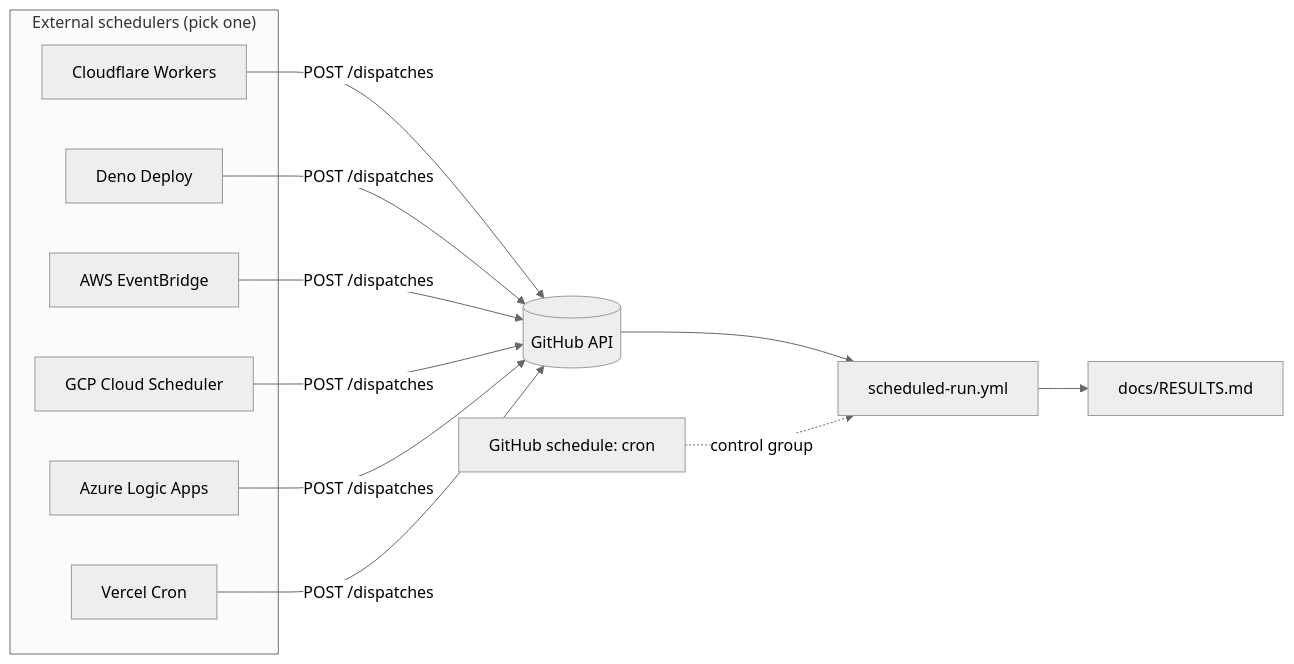
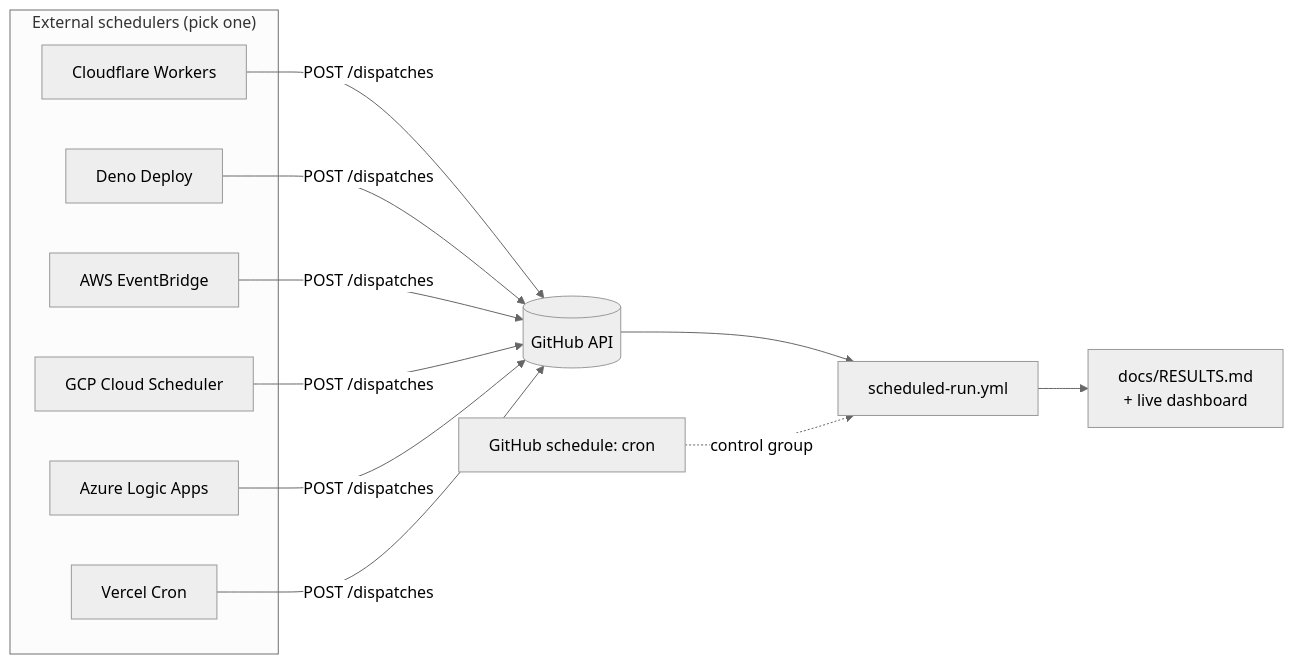
Before and after one commit to austenstone/actions-external-cron: the diagram in README.md, drawn with Mermaid (neutral theme). The commit also changed other lines of this file and 14 other files, not shown here.

First line of the commit message:
feat: live Pages dashboard, one-secret deploys, PAT auth

````diff
--- a/README.md
+++ b/README.md
@@ -14,16 +16,16 @@
 ```mermaid
 flowchart LR
     subgraph ext ["External schedulers (pick one)"]
         CF[Cloudflare Workers]
         DD[Deno Deploy]
         AW[AWS EventBridge]
         GC[GCP Cloud Scheduler]
         AZ[Azure Logic Apps]
         VC[Vercel Cron]
     end
 
     CF & DD & AW & GC & AZ & VC -->|"POST /dispatches"| API[(GitHub API)]
     API --> WF["scheduled-run.yml"]
     NATIVE["GitHub schedule: cron"] -.->|control group| WF
-    WF --> RES["docs/RESULTS.md"]
+    WF --> RES["docs/RESULTS.md<br/>+ live dashboard"]
 ```
````
